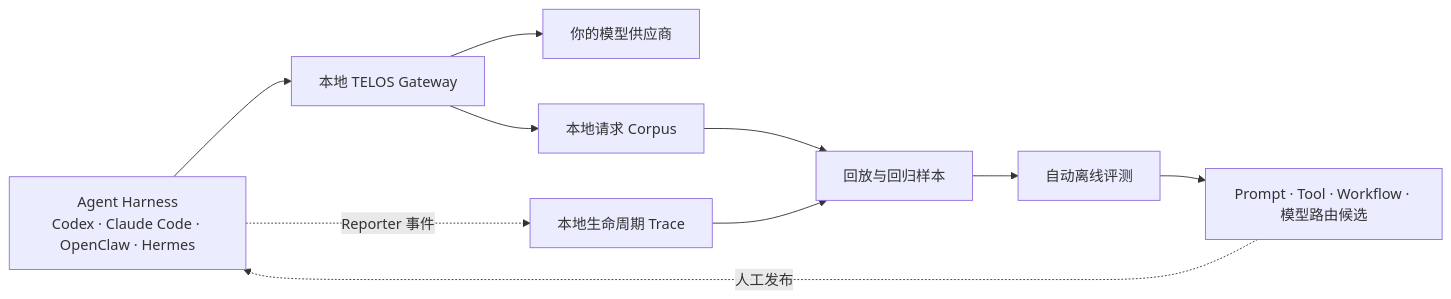
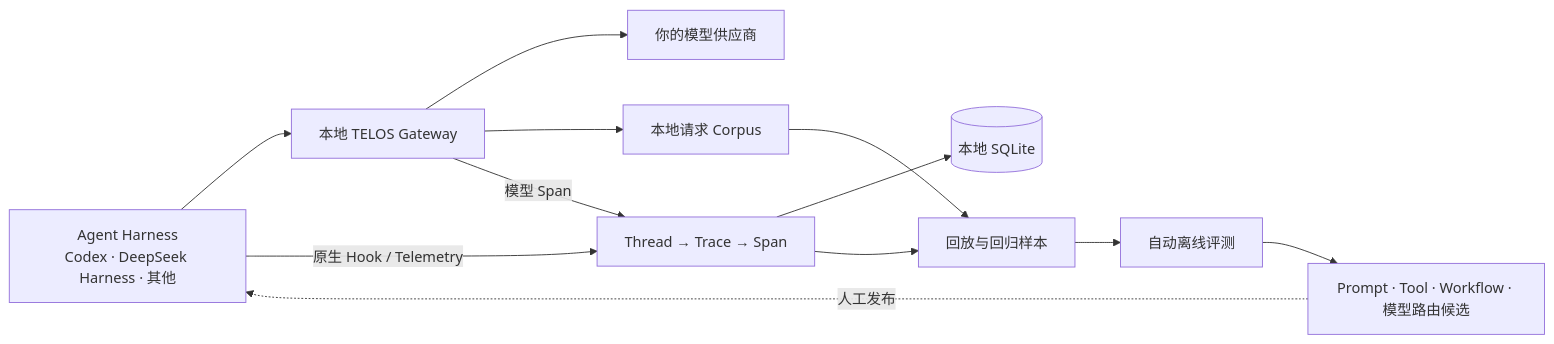
Before and after one commit to eryflow/telos-sdk: the diagram in README.zh-CN.md, drawn with Mermaid. The commit also changed other lines of this file and 45 other files, not shown here.

````diff
--- a/README.zh-CN.md
+++ b/README.zh-CN.md
@@ -43,12 +43,14 @@
 ```mermaid
 flowchart LR
-    H["Agent Harness<br/>Codex · Claude Code · OpenClaw · Hermes"] --> G["本地 TELOS Gateway"]
+    H["Agent Harness<br/>Codex · DeepSeek Harness · 其他"] --> G["本地 TELOS Gateway"]
     G --> M["你的模型供应商"]
     G --> C["本地请求 Corpus"]
-    H -. "Reporter 事件" .-> T["本地生命周期 Trace"]
+    H -->|"原生 Hook / Telemetry"| T["Thread → Trace → Span"]
+    G -->|"模型 Span"| T
+    T --> D[("本地 SQLite")]
     C --> R["回放与回归样本"]
     T --> R
     R --> E["自动离线评测"]
     E --> O["Prompt · Tool · Workflow · 模型路由候选"]
     O -. "人工发布" .-> H
 ```
````
